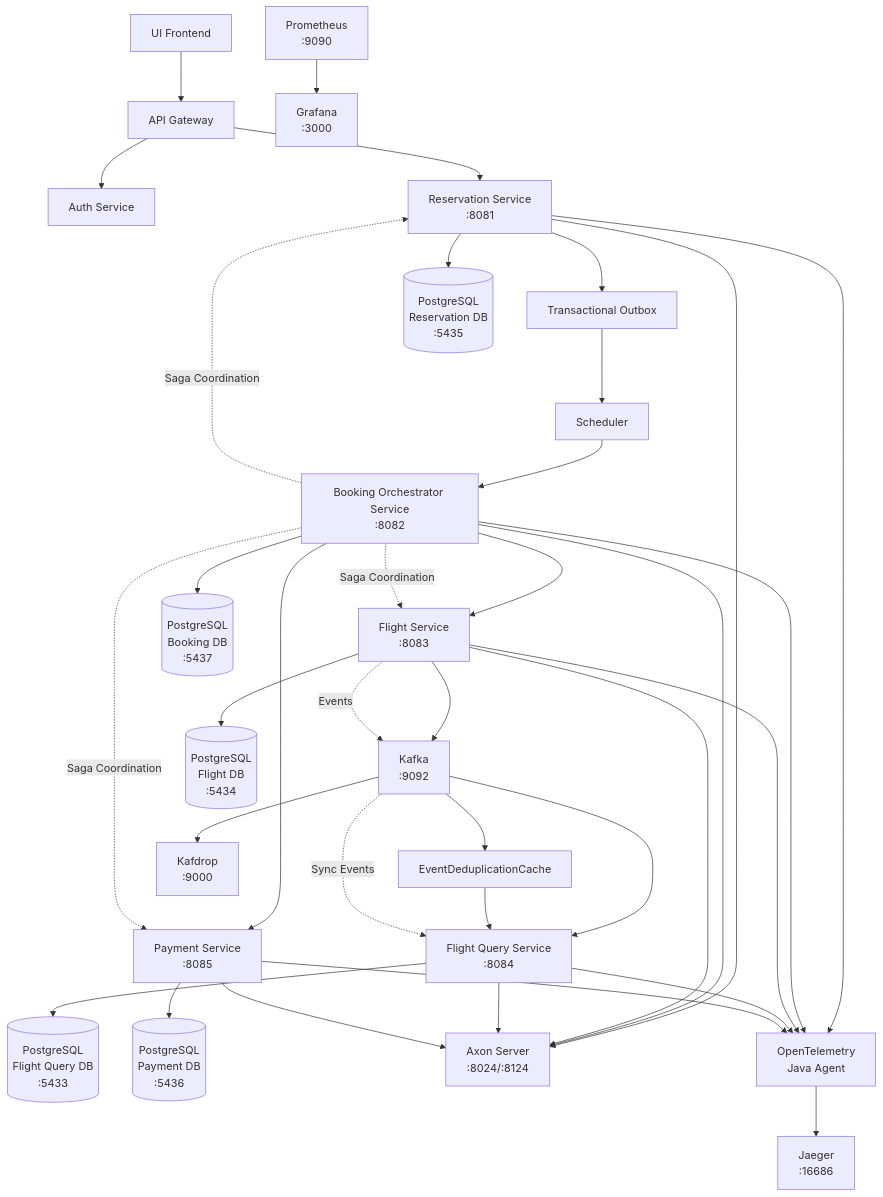
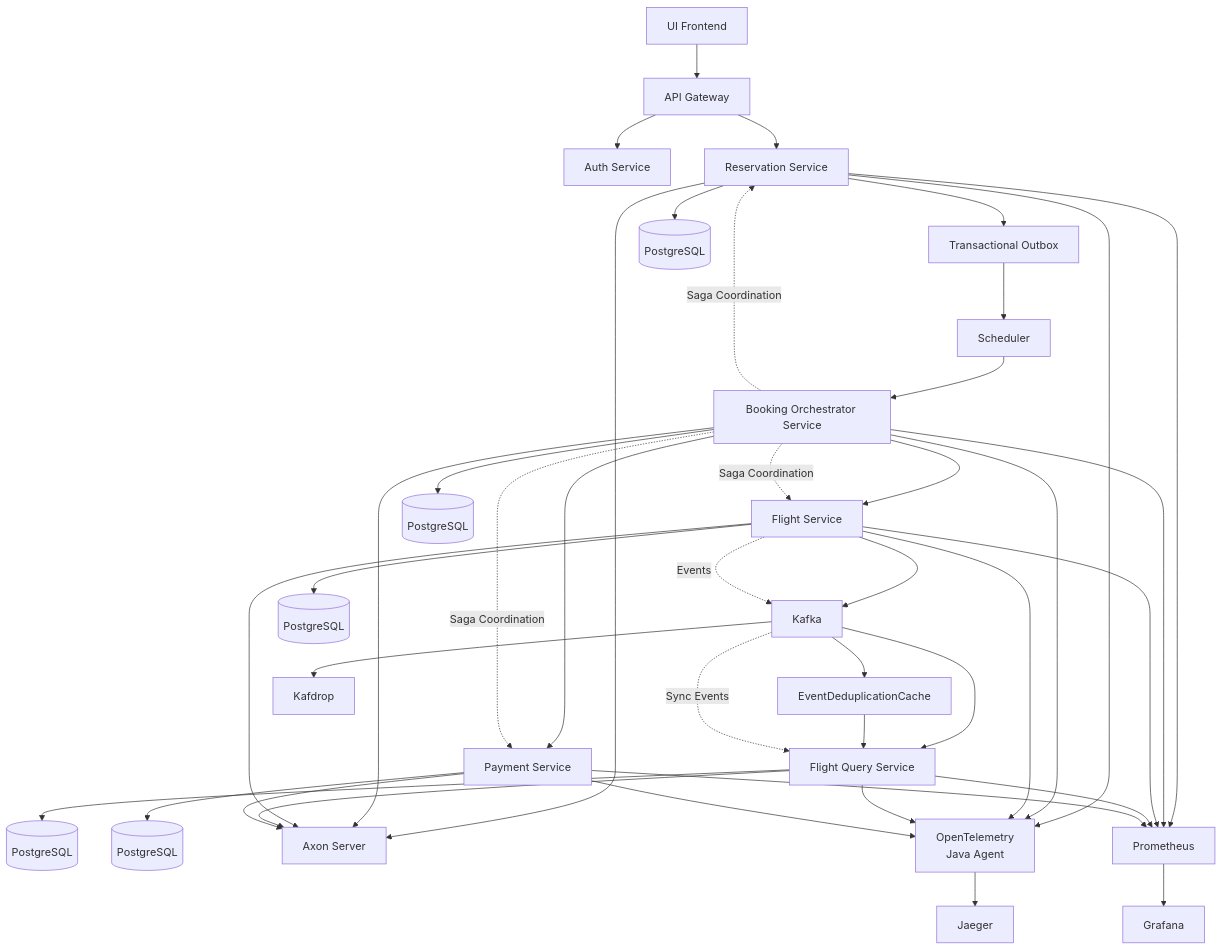
One commit to vstebletsov89/spring-boot-microservices-saga changed the diagram in design.mmd. Above: the diagram before and after it, drawn with Mermaid.

```diff
--- a/design.mmd
+++ b/design.mmd
@@ -1,56 +1,61 @@
 graph TD
 UI[UI Frontend] --> GW[API Gateway]
 
 GW --> AUTH[Auth Service]
-GW --> RES[Reservation Service<br/>:8081]
+GW --> RES[Reservation Service]
 
 RES --> TOB[Transactional Outbox]
 TOB --> SCH[Scheduler]
-SCH --> ORC[Booking Orchestrator Service<br/>:8082]
+SCH --> ORC[Booking Orchestrator Service]
 
-ORC --> FLIGHT[Flight Service<br/>:8083]
-ORC --> PAY[Payment Service<br/>:8085]
+ORC --> FLIGHT[Flight Service]
+ORC --> PAY[Payment Service]
 
-FLIGHT --> KAFKA[Kafka<br/>:9092]
-KAFKA --> FQ[Flight Query Service<br/>:8084]
+FLIGHT --> KAFKA[Kafka]
+KAFKA --> FQ[Flight Query Service]
 
 KAFKA --> EDC[EventDeduplicationCache]
 EDC --> FQ
 
 %% Databases
-RES --> PGRES[(PostgreSQL<br/>Reservation DB<br/>:5435)]
-ORC --> PGBOOK[(PostgreSQL<br/>Booking DB<br/>:5437)]
-FLIGHT --> PGFLIGHT[(PostgreSQL<br/>Flight DB<br/>:5434)]
-FQ --> PGQUERY[(PostgreSQL<br/>Flight Query DB<br/>:5433)]
-PAY --> PGPAY[(PostgreSQL<br/>Payment DB<br/>:5436)]
+RES --> PGRES[(PostgreSQL)]
+ORC --> PGBOOK[(PostgreSQL)]
+FLIGHT --> PGFLIGHT[(PostgreSQL)]
+FQ --> PGQUERY[(PostgreSQL)]
+PAY --> PGPAY[(PostgreSQL)]
 
 %% Axon Server
-RES --> AXON[Axon Server<br/>:8024/:8124]
+RES --> AXON[Axon Server]
 ORC --> AXON
 FLIGHT --> AXON
 FQ --> AXON
 PAY --> AXON
 
 %% Monitoring
 RES --> OTEL[OpenTelemetry<br/>Java Agent]
 ORC --> OTEL
 FLIGHT --> OTEL
 FQ --> OTEL
 PAY --> OTEL
 
-OTEL --> JAEGER[Jaeger<br/>:16686]
+%% Additional monitoring
+RES --> PROM[Prometheus]
+ORC --> PROM
+FLIGHT --> PROM
+FQ --> PROM
+PAY --> PROM
+PROM --> GRAF[Grafana]
 
-%% Additional monitoring
-PROM[Prometheus<br/>:9090] --> GRAF[Grafana<br/>:3000]
+OTEL --> JAEGER[Jaeger]
 
 %% Kafka UI
-KAFKA --> KAFDROP[Kafdrop<br/>:9000]
+KAFKA --> KAFDROP[Kafdrop]
 
 %% Saga Pattern
 ORC -.->|Saga Coordination| FLIGHT
 ORC -.->|Saga Coordination| PAY
 ORC -.->|Saga Coordination| RES
 
 %% Event Flow
 FLIGHT -.->|Events| KAFKA
 KAFKA -.->|Sync Events| FQ
```
